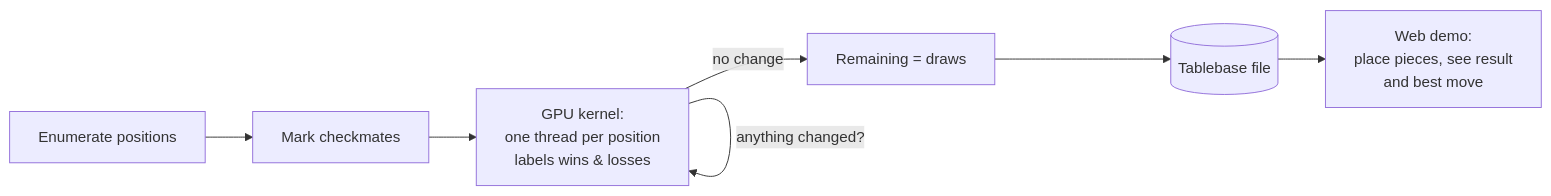
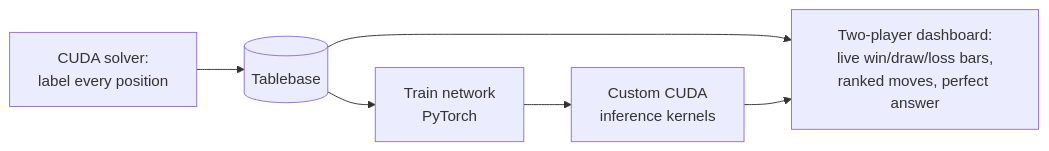
The diagram in README.md (vasishtk1/Warpmate), drawn with Mermaid before and after one commit. The commit also changed other lines of this file, not shown here.

Commit message:
Update plan to include neural network and inference work

````diff
--- a/README.md
+++ b/README.md
@@ -18,9 +29,8 @@
 ```mermaid
 flowchart LR
-    A[Enumerate positions] --> B[Mark checkmates]
-    B --> C[GPU kernel:<br/>one thread per position<br/>labels wins & losses]
-    C -->|anything changed?| C
-    C -->|no change| D[Remaining = draws]
-    D --> E[(Tablebase file)]
-    E --> F[Web demo:<br/>place pieces, see result<br/>and best move]
+    A[CUDA solver:<br/>label every position] --> B[(Tablebase)]
+    B --> C[Train network<br/>PyTorch]
+    B --> F
+    C --> D[Custom CUDA<br/>inference kernels]
+    D --> F[Two-player dashboard:<br/>live win/draw/loss bars,<br/>ranked moves, perfect answer]
 ```
````
